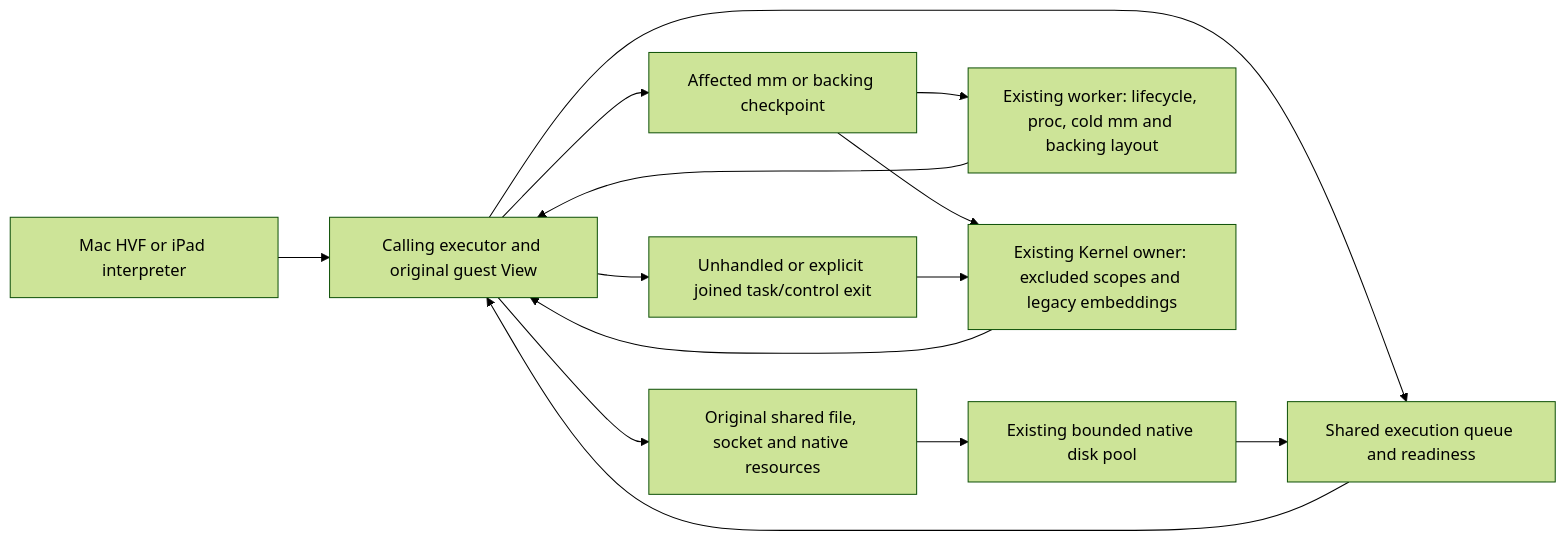
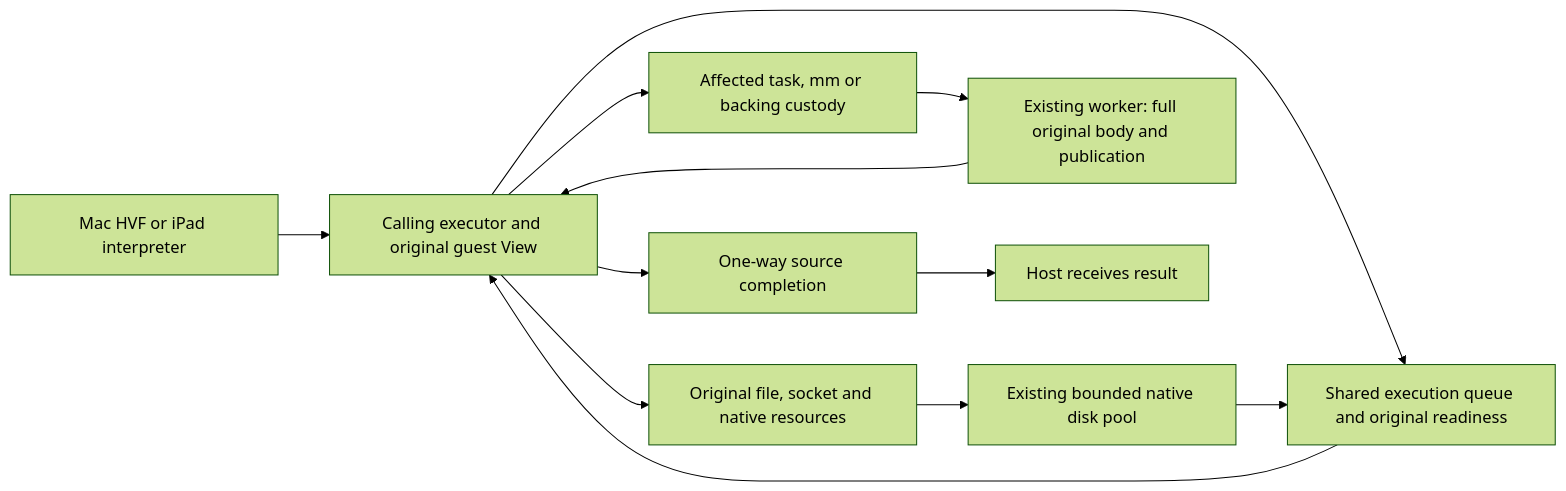
Before and after one commit to kb5000/trames-runtime: the diagram in docs/architecture/coordination-boundaries.md, drawn with Mermaid (forest theme). The commit also changed other lines of this file and 33 other files, not shown here.

````diff
--- a/docs/architecture/coordination-boundaries.md
+++ b/docs/architecture/coordination-boundaries.md
@@ -556,16 +530,14 @@
 ```mermaid
 flowchart LR
     CPU[Mac HVF or iPad interpreter] --> Entry[Calling executor and original guest View]
-    Entry --> Shared[Original shared file, socket and native resources]
-    Entry --> Wait[Shared execution queue and readiness]
+    Entry --> Shared[Original file, socket and native resources]
+    Entry --> Wait[Shared execution queue and original readiness]
     Wait --> Entry
     Shared --> Disk[Existing bounded native disk pool]
     Disk --> Wait
-    Entry --> Scope[Affected mm or backing checkpoint]
-    Entry --> Join[Unhandled or explicit joined task/control exit]
-    Scope --> Lifecycle[Existing worker: lifecycle, proc, cold mm and backing layout]
-    Lifecycle --> Entry
-    Scope --> Owner[Existing Kernel owner: excluded scopes and legacy embeddings]
-    Join --> Owner
-    Owner --> Entry
+    Entry --> Scope[Affected task, mm or backing custody]
+    Scope --> Source[Existing worker: full original body and publication]
+    Source --> Entry
+    Entry --> Complete[One-way source completion]
+    Complete --> Host[Host receives result]
 ```
````
